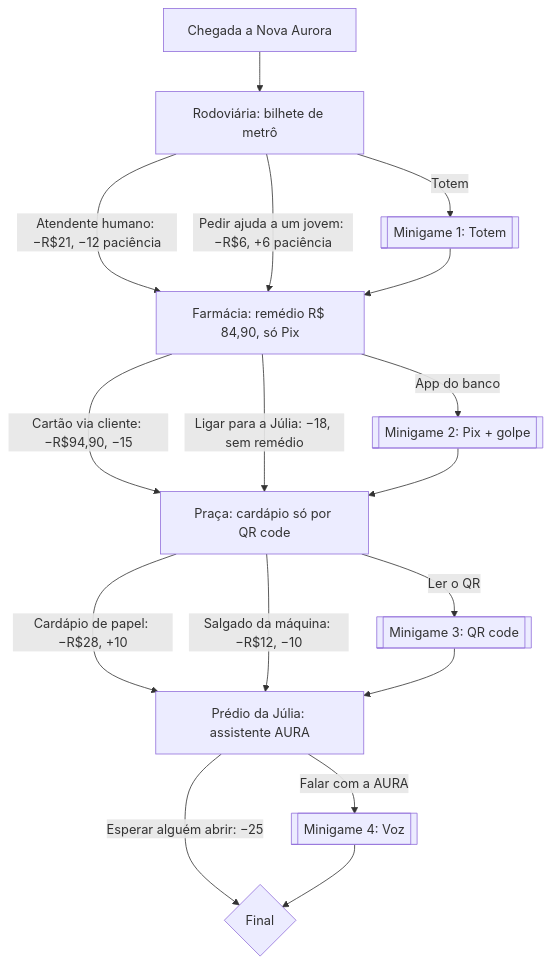
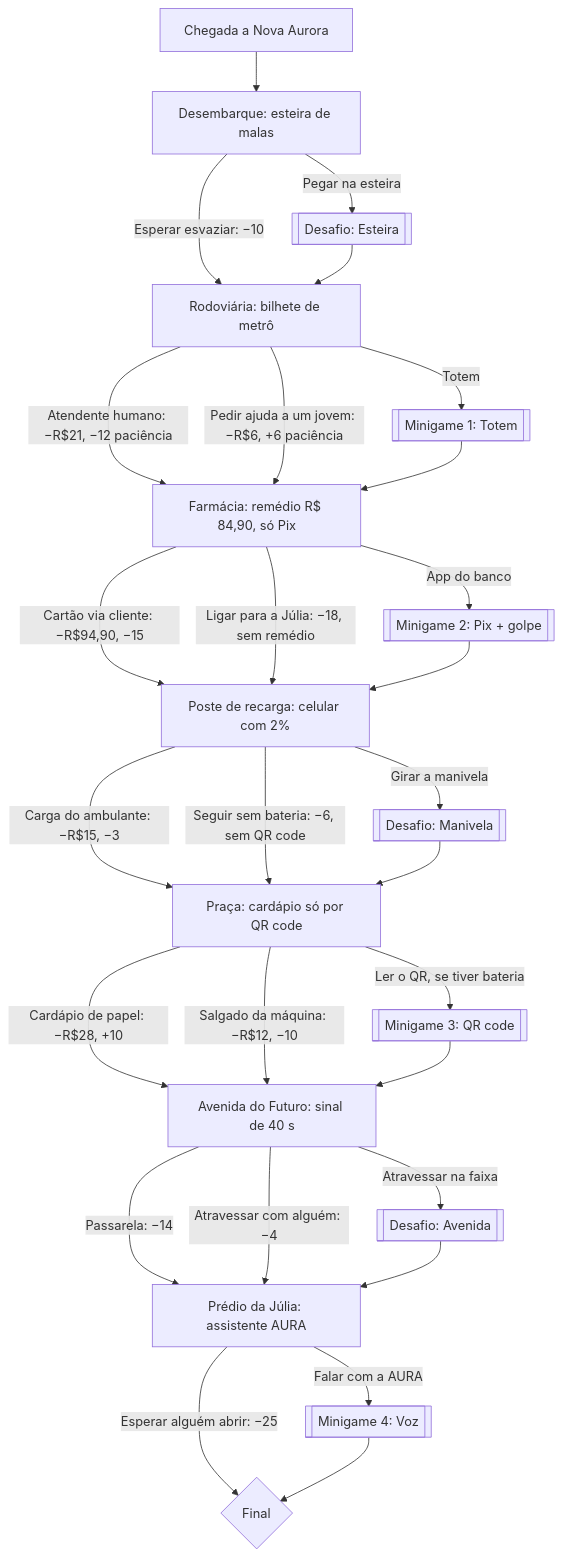
The diagram in plan.md (guilhermeRrodrigues/steam-perdido-no-tempo), drawn with Mermaid before and after one commit. The commit also changed other lines of this file and 9 other files, not shown here.

First line of the commit message:
Desafios de movimento com a mão: esteira de malas, manivela e travessia

````diff
--- a/plan.md
+++ b/plan.md
@@ -19,19 +19,30 @@
 ```mermaid
 flowchart TD
-  I[Chegada a Nova Aurora] --> R[Rodoviária: bilhete de metrô]
+  I[Chegada a Nova Aurora] --> E[Desembarque: esteira de malas]
+  E -->|Pegar na esteira| MG5[[Desafio: Esteira]]
+  E -->|Esperar esvaziar: −10| R
+  MG5 --> R[Rodoviária: bilhete de metrô]
   R -->|Totem| MG1[[Minigame 1: Totem]]
   R -->|Atendente humano: −R$21, −12 paciência| F
   R -->|Pedir ajuda a um jovem: −R$6, +6 paciência| F
   MG1 --> F[Farmácia: remédio R$ 84,90, só Pix]
   F -->|App do banco| MG2[[Minigame 2: Pix + golpe]]
-  F -->|Cartão via cliente: −R$94,90, −15| P
-  F -->|Ligar para a Júlia: −18, sem remédio| P
-  MG2 --> P[Praça: cardápio só por QR code]
-  P -->|Ler o QR| MG3[[Minigame 3: QR code]]
-  P -->|Cardápio de papel: −R$28, +10| A
-  P -->|Salgado da máquina: −R$12, −10| A
-  MG3 --> A[Prédio da Júlia: assistente AURA]
+  F -->|Cartão via cliente: −R$94,90, −15| B
+  F -->|Ligar para a Júlia: −18, sem remédio| B
+  MG2 --> B[Poste de recarga: celular com 2%]
+  B -->|Girar a manivela| MG6[[Desafio: Manivela]]
+  B -->|Carga do ambulante: −R$15, −3| P
+  B -->|Seguir sem bateria: −6, sem QR code| P
+  MG6 --> P[Praça: cardápio só por QR code]
+  P -->|Ler o QR, se tiver bateria| MG3[[Minigame 3: QR code]]
+  P -->|Cardápio de papel: −R$28, +10| V
+  P -->|Salgado da máquina: −R$12, −10| V
+  MG3 --> V[Avenida do Futuro: sinal de 40 s]
+  V -->|Atravessar na faixa| MG7[[Desafio: Avenida]]
+  V -->|Passarela: −14| A
+  V -->|Atravessar com alguém: −4| A
+  MG7 --> A[Prédio da Júlia: assistente AURA]
   A -->|Falar com a AURA| MG4[[Minigame 4: Voz]]
   A -->|Esperar alguém abrir: −25| FIM
   MG4 --> FIM{Final}
 ```
````
